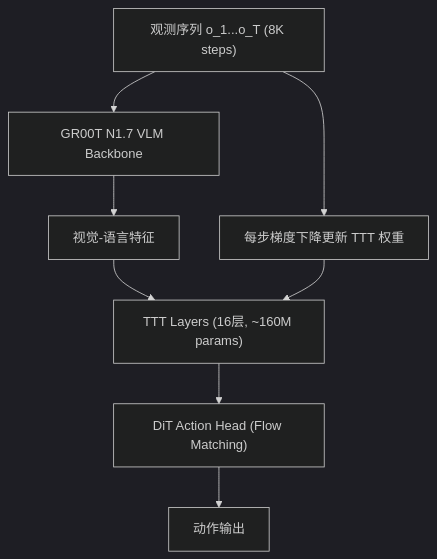
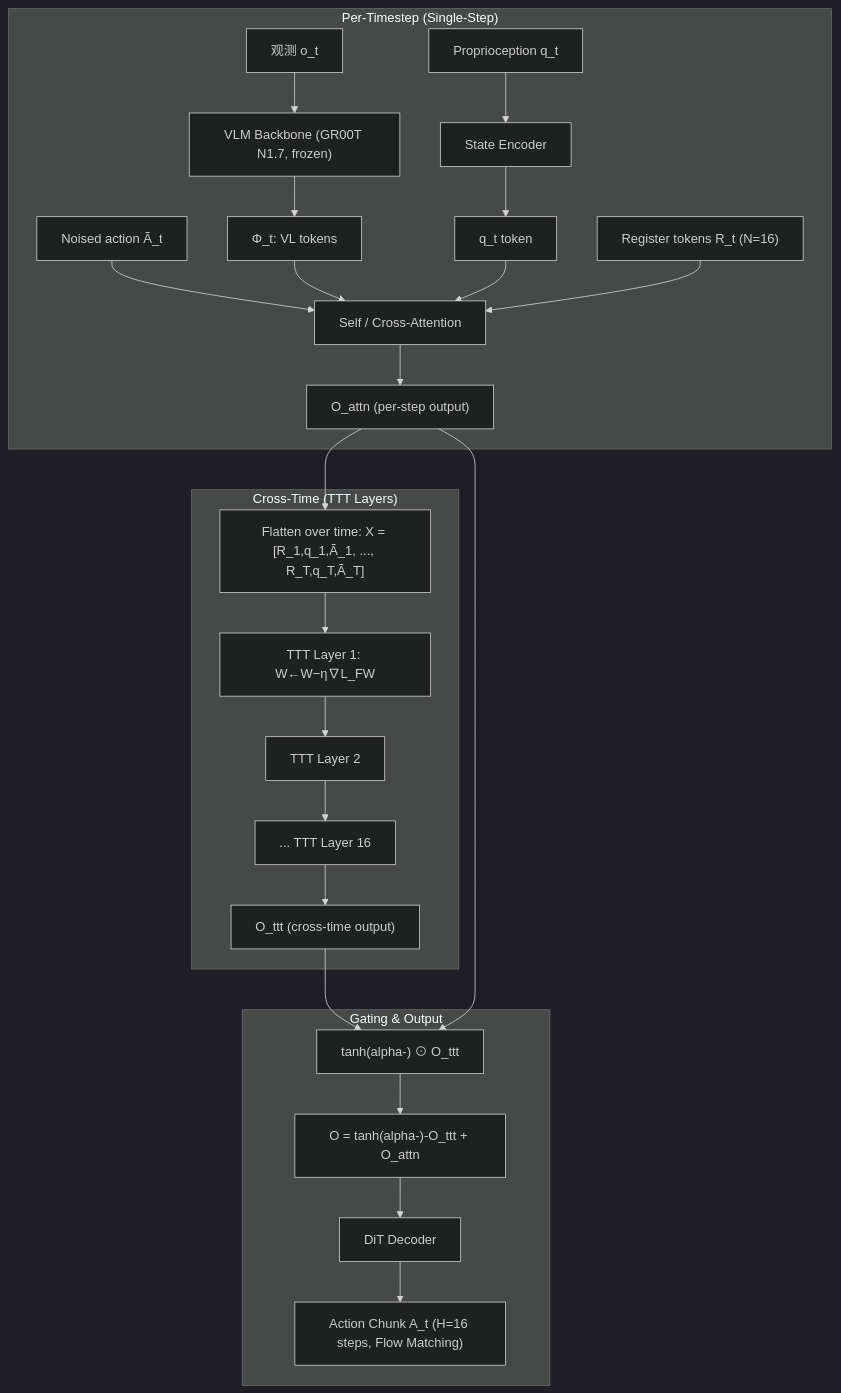
One commit to luohu-arch/physical_intelligence_study changed the diagram in notes/memory/robottt.md. Above: the diagram before and after it, drawn with Mermaid (dark theme). The commit also changed other lines of this file and 6 other files, not shown here.

````diff
--- a/notes/memory/robottt.md
+++ b/notes/memory/robottt.md
@@ -22,10 +44,30 @@
 ```mermaid
 graph TD
-    OBS["观测序列 o_1...o_T (8K steps)"] --> VLM["GR00T N1.7 VLM Backbone"]
-    VLM --> FEAT["视觉-语言特征"]
-    FEAT --> TTT["TTT Layers (16层, ~160M params)"]
-    TTT --> DIT["DiT Action Head (Flow Matching)"]
-    DIT --> ACT["动作输出"]
-    OBS --> GRAD["每步梯度下降更新 TTT 权重"]
-    GRAD --> TTT
+    subgraph "Per-Timestep (Single-Step)"
+        O_t["观测 o_t"] --> VLM["VLM Backbone (GR00T N1.7, frozen)"]
+        VLM --> PHI_t["Φ_t: VL tokens"]
+        Q_t["Proprioception q_t"] --> ENC["State Encoder"]
+        ENC --> Q_TOK["q_t token"]
+        NOISE["Noised action Ã_t"] --> ATTN["Self / Cross-Attention"]
+        PHI_t --> ATTN
+        Q_TOK --> ATTN
+        REG["Register tokens R_t (N=16)"] --> ATTN
+        ATTN --> O_ATTN["O_attn (per-step output)"]
+    end
+    
+    subgraph "Cross-Time (TTT Layers)"
+        O_ATTN --> FLATTEN["Flatten over time: X = [R_1,q_1,Ã_1, ..., R_T,q_T,Ã_T]"]
+        FLATTEN --> TTT1["TTT Layer 1: W←W−η∇L_FW"]
+        TTT1 --> TTT2["TTT Layer 2"]
+        TTT2 --> TTT16["... TTT Layer 16"]
+        TTT16 --> O_TTT["O_ttt (cross-time output)"]
+    end
+    
+    subgraph "Gating & Output"
+        O_TTT --> GATE["tanh(alpha-) ⊙ O_ttt"]
+        O_ATTN --> GATE
+        GATE --> OUT["O = tanh(alpha-)-O_ttt + O_attn"]
+        OUT --> DIT["DiT Decoder"]
+        DIT --> ACT["Action Chunk A_t (H=16 steps, Flow Matching)"]
+    end
 ```
````
